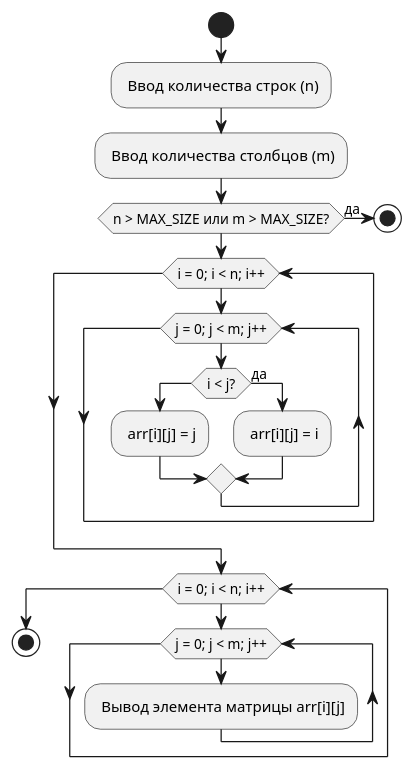
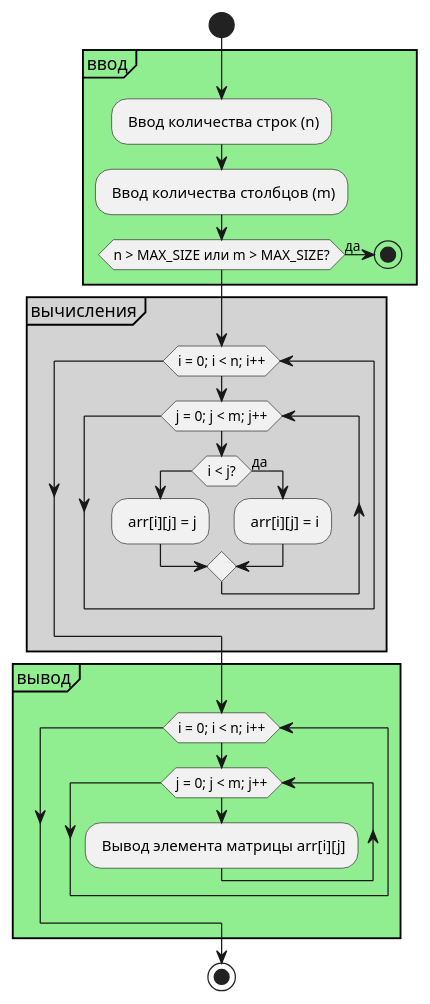
One commit to ermakov0/ivt-cpp changed the diagram in uml/06-example1.puml. Above: the diagram before and after it, drawn with PlantUML. The commit also changed 25 other files, not shown here.

```diff
--- a/uml/06-example1.puml
+++ b/uml/06-example1.puml
@@ -1,26 +1,30 @@
 @startuml 06-example1
 start
-- Ввод количества строк (n)
-- Ввод количества столбцов (m)
-if (n > MAX_SIZE или m > MAX_SIZE?) then
-else (да)
-    stop
-endif
-
-while (i = 0; i < n; i++)
-    while (j = 0; j < m; j++)
-        if (i < j?) then
-            - arr[i][j] = j
-        else (да)
-            - arr[i][j] = i
-        endif
+partition #lightGreen "ввод" {
+    - Ввод количества строк (n)
+    - Ввод количества столбцов (m)
+    if (n > MAX_SIZE или m > MAX_SIZE?) then
+    else (да)
+        stop
+    endif
+}
+partition #lightGray "вычисления" {
+    while (i = 0; i < n; i++)
+        while (j = 0; j < m; j++)
+            if (i < j?) then
+                - arr[i][j] = j
+            else (да)
+                - arr[i][j] = i
+            endif
+        endwhile
     endwhile
-endwhile
-
-while (i = 0; i < n; i++)
-    while (j = 0; j < m; j++)
-        - Вывод элемента матрицы arr[i][j]
+}
+partition #lightGreen "вывод" {
+    while (i = 0; i < n; i++)
+        while (j = 0; j < m; j++)
+            - Вывод элемента матрицы arr[i][j]
+        endwhile
     endwhile
-endwhile
+}
 stop
 @enduml
```
